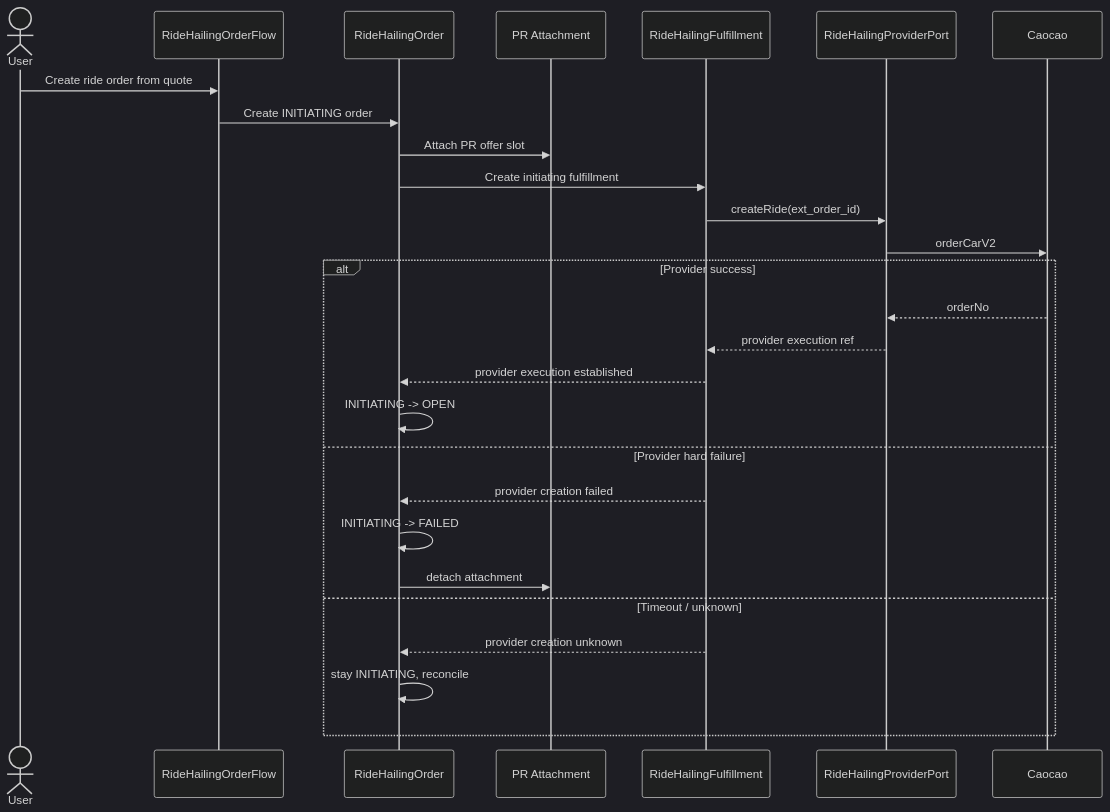
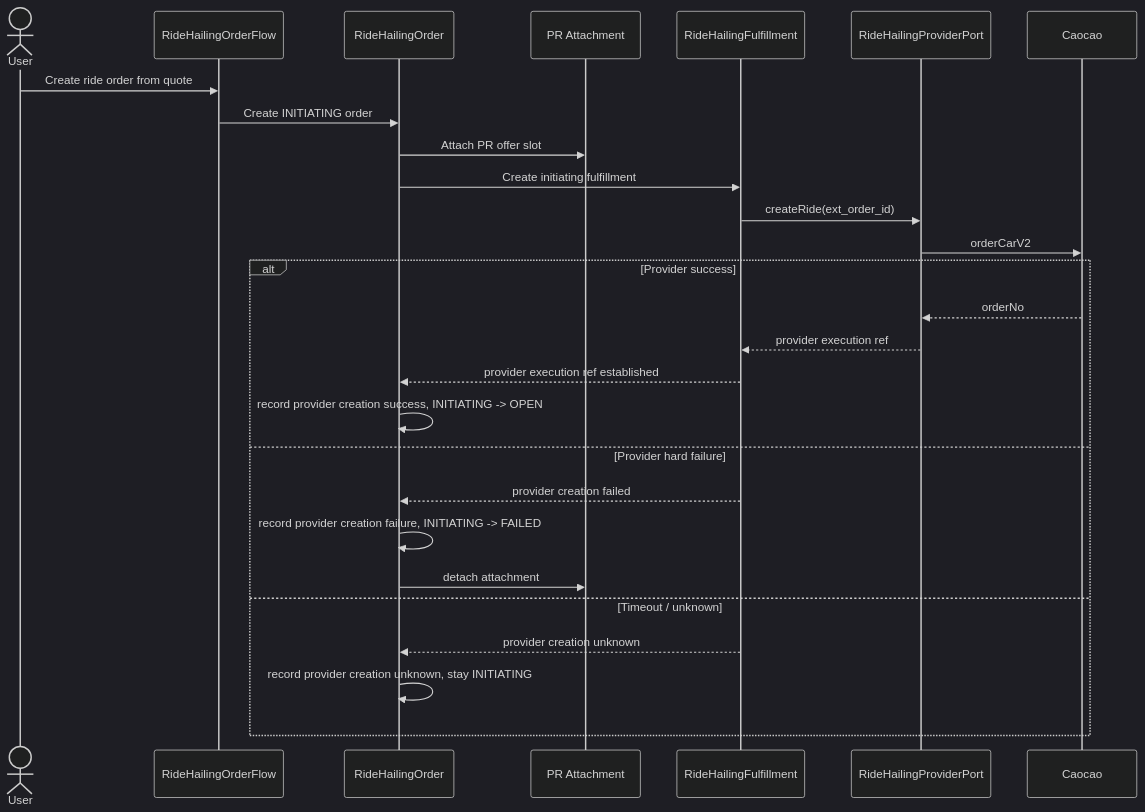
The third of 3 diagrams in tasks/issue-231-ecommerce-mvp/phase5-ride-hailing/20-ordering-order-topology.md (partner-up-dev/app), drawn with Mermaid (dark theme) before and after one commit. The commit also changed other lines of this file and 68 other files, not shown here.

````diff
--- a/tasks/issue-231-ecommerce-mvp/phase5-ride-hailing/20-ordering-order-topology.md
+++ b/tasks/issue-231-ecommerce-mvp/phase5-ride-hailing/20-ordering-order-topology.md
@@ -75,30 +235,30 @@
 ```mermaid
 sequenceDiagram
   actor U as User
   participant Flow as RideHailingOrderFlow
   participant RHO as RideHailingOrder
   participant PA as PR Attachment
   participant RHF as RideHailingFulfillment
   participant RP as RideHailingProviderPort
   participant CC as Caocao
 
   U->>Flow: Create ride order from quote
   Flow->>RHO: Create INITIATING order
   RHO->>PA: Attach PR offer slot
   RHO->>RHF: Create initiating fulfillment
   RHF->>RP: createRide(ext_order_id)
   RP->>CC: orderCarV2
   alt Provider success
     CC-->>RP: orderNo
     RP-->>RHF: provider execution ref
-    RHF-->>RHO: provider execution established
-    RHO->>RHO: INITIATING -> OPEN
+    RHF-->>RHO: provider execution ref established
+    RHO->>RHO: record provider creation success, INITIATING -> OPEN
   else Provider hard failure
     RHF-->>RHO: provider creation failed
-    RHO->>RHO: INITIATING -> FAILED
+    RHO->>RHO: record provider creation failure, INITIATING -> FAILED
     RHO->>PA: detach attachment
   else Timeout / unknown
     RHF-->>RHO: provider creation unknown
-    RHO->>RHO: stay INITIATING, reconcile
+    RHO->>RHO: record provider creation unknown, stay INITIATING
   end
 ```
````
